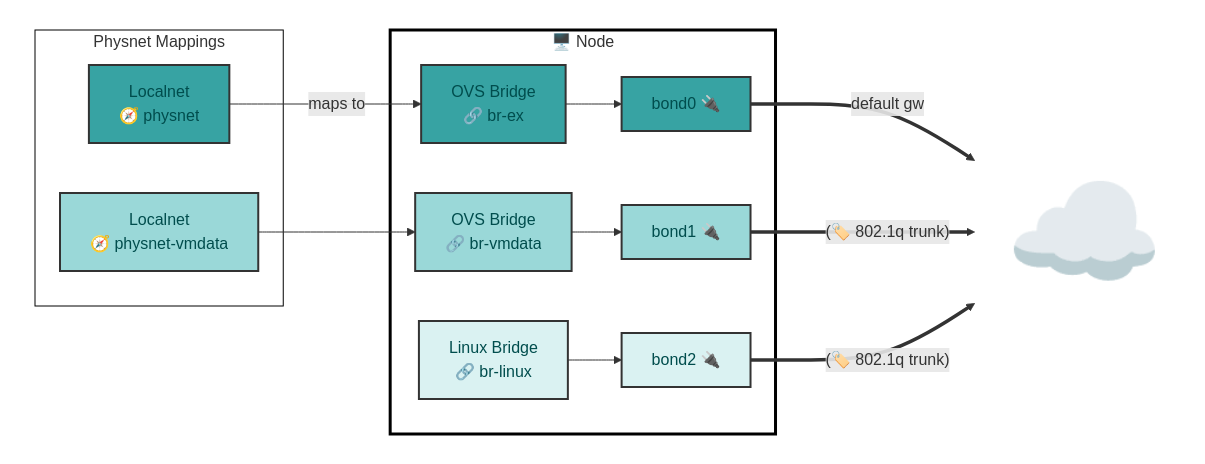
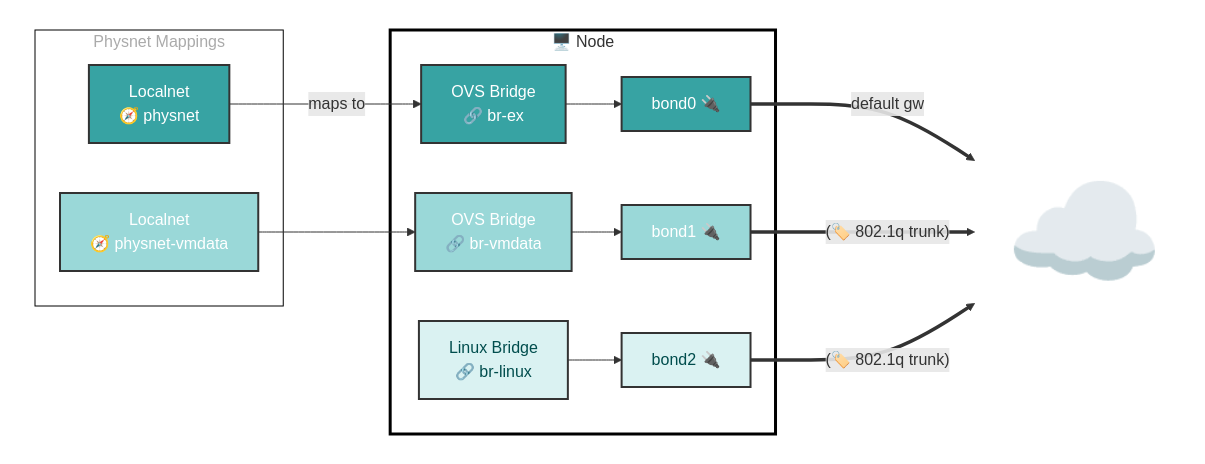
Before and after one commit to dlbewley/demo-rhone-26: the fourth of 9 diagrams in README.md, drawn with Mermaid. The commit also changed other lines of this file, not shown here.

````diff
--- a/README.md
+++ b/README.md
@@ -160,54 +168,54 @@
 ```mermaid
 graph LR;
     subgraph Cluster[" "]
 
       subgraph Localnets["Physnet Mappings"]
         physnet-ex[Localnet<br> 🧭 physnet]
         physnet-vmdata[Localnet<br> 🧭 physnet-vmdata]
       end
 
       subgraph node1["🖥️ Node "]
         br-ex[ OVS Bridge<br> 🔗 br-ex]
         br-vmdata[ OVS Bridge<br> 🔗 br-vmdata]
         br-linux[ Linux Bridge<br> 🔗 br-linux]
         node1-bond0[bond0 🔌]
         node1-bond1[bond1 🔌]
         node1-bond2[bond2 🔌]
       end
     end
 
     physnet-ex -- maps to --> br-ex
     physnet-vmdata --> br-vmdata
     br-ex --> node1-bond0
     br-vmdata --> node1-bond1
     br-linux --> node1-bond2
 
     Internet["☁️ "]:::Internet
     node1-bond0 ==default gw==> Internet
     node1-bond1 ==(🏷️ 802.1q trunk)==> Internet
     node1-bond2 ==(🏷️ 802.1q trunk)==> Internet
 
     classDef node-eth fill:#00dddd,color:#00f,stroke:#333,stroke-width:2px
 
-    classDef bond0 fill:#37A3A3,color:#004d4d,stroke:#333,stroke-width:2px
+    classDef bond0 fill:#37A3A3,color:#fff,stroke:#333,stroke-width:2px
     class br-ex,physnet-ex,node1-bond0 bond0
 
-    classDef bond1 fill:#9ad8d8,color:#004d4d,stroke:#333,stroke-width:2px
+    classDef bond1 fill:#9ad8d8,color:#fff,stroke:#333,stroke-width:2px
     class br-vmdata,physnet-vmdata,node1-bond1 bond1
 
     classDef bond2 fill:#daf2f2,color:#004d4d,stroke:#333,stroke-width:2px
     class br-linux,node1-bond2 bond2
 
     classDef labels stroke-width:1px,color:#fff,fill:#005577
     classDef networks fill:#cdd,stroke-width:0px
 
-    style Localnets fill:#fff,stroke:#000,stroke-width:1px
+    style Localnets fill:#fff,color:#aaa,stroke:#000,stroke-width:1px
     style Cluster color:#000,fill:#fff,stroke:#333,stroke-width:0px
     style Internet fill:none,stroke-width:0px,font-size:+2em
 
     classDef nodes fill:#fff,stroke:#000,stroke-width:3px
     class node1,node2,node3 nodes
 
 
     classDef nad-1924 fill:#00ffff,color:#00f,stroke:#333,stroke-width:1px
 ```
````
